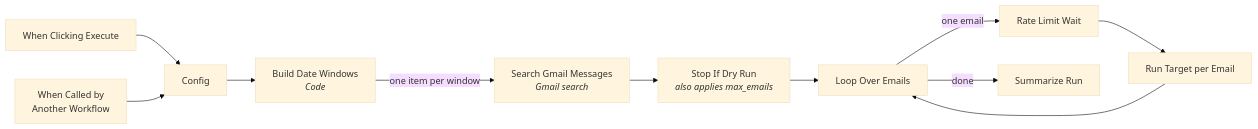
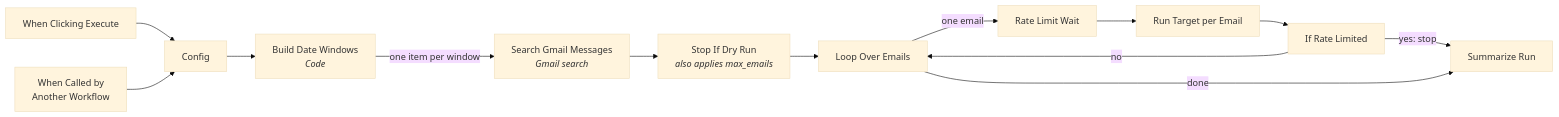
One commit to runfish5/micro-services changed the diagram in projects/n8n/04_inbox-attachment-organizer/docs/gmail-processor-datesize.md. Above: the diagram before and after it, drawn with Mermaid (base theme). The commit also changed other lines of this file and 12 other files, not shown here.

First line of the commit message:
feat(inbox): rate limits stop cleanly, held-back mail reruns once

````diff
--- a/projects/n8n/04_inbox-attachment-organizer/docs/gmail-processor-datesize.md
+++ b/projects/n8n/04_inbox-attachment-organizer/docs/gmail-processor-datesize.md
@@ -18,11 +18,13 @@
 ```mermaid
 flowchart LR
     M["When Clicking Execute"] --> C["Config"]
     S["When Called by<br/>Another Workflow"] --> C
     C --> D["Build Date Windows<br/><i>Code</i>"]
     D -->|"one item per window"| F["Search Gmail Messages<br/><i>Gmail search</i>"]
     F --> X["Stop If Dry Run<br/><i>also applies max_emails</i>"]
     X --> L["Loop Over Emails"]
-    L -->|"one email"| W["Rate Limit Wait"] --> T["Run Target per Email"] --> L
+    L -->|"one email"| W["Rate Limit Wait"] --> T["Run Target per Email"] --> I["If Rate Limited"]
+    I -->|"no"| L
+    I -->|"yes: stop"| R
     L -->|"done"| R["Summarize Run"]
 ```
````
